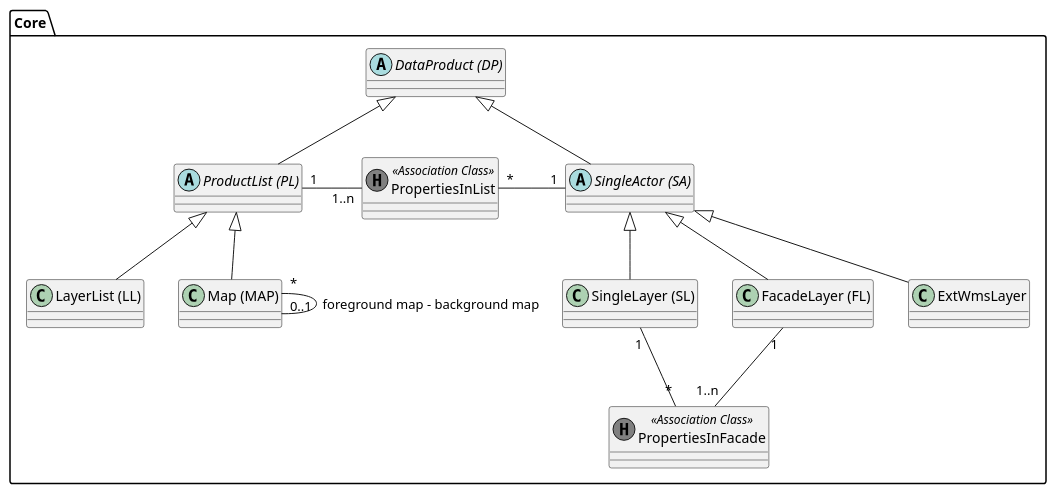
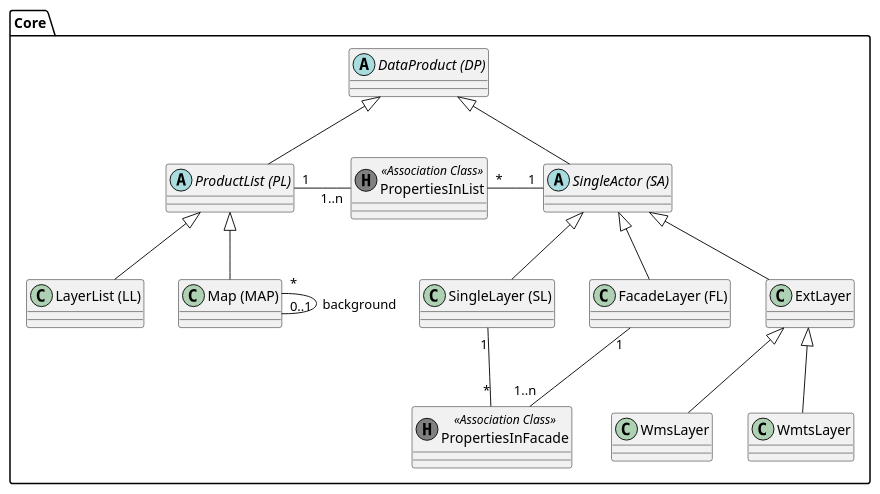
Before and after one commit to simi-so/mm: the diagram in puml/src/simi_product.puml, drawn with PlantUML. The commit also changed 3 other files, not shown here.

```diff
--- a/puml/src/simi_product.puml
+++ b/puml/src/simi_product.puml
@@ -1,34 +1,41 @@
 @startuml
 package Core {
   abstract class "DataProduct (DP)" as dp
 
   abstract class "ProductList (PL)" as pl
   class "LayerList (LL)" as ll
   class "Map (MAP)" as map
 
   abstract class "SingleActor (SA)" as sa
   class "FacadeLayer (FL)" as fl
   class "SingleLayer (SL)" as sl
-  class "ExtWmsLayer" as ewl
+  class "ExtLayer" as el
+  class "WmsLayer" as wl
+  class "WmtsLayer" as tl
 
   class "PropertiesInFacade" as pif << (H, grey) Association Class >>
   class "PropertiesInList" as pil << (H, grey) Association Class >>
 
   dp <|-- pl
+
   pl <|-- ll
   pl <|-- map
 
   dp <|-- sa
+
   sa <|-- sl
   sa <|-- fl
-  sa <|-- ewl
+  sa <|-- el
+
+  el <|-- wl
+  el <|-- tl
 
   pl "1" -right- "1..n" pil : "      "
   pil "*" -right- "1" sa : "      "
 
-  map "*" -- "0..1" map : "foreground map - background map"
+  map "*" -- "0..1" map : "background"
 
   fl "1" -- "1..n" pif : "      "
   pif "*" -up- "1" sl : "      "
 }
 @enduml
```
